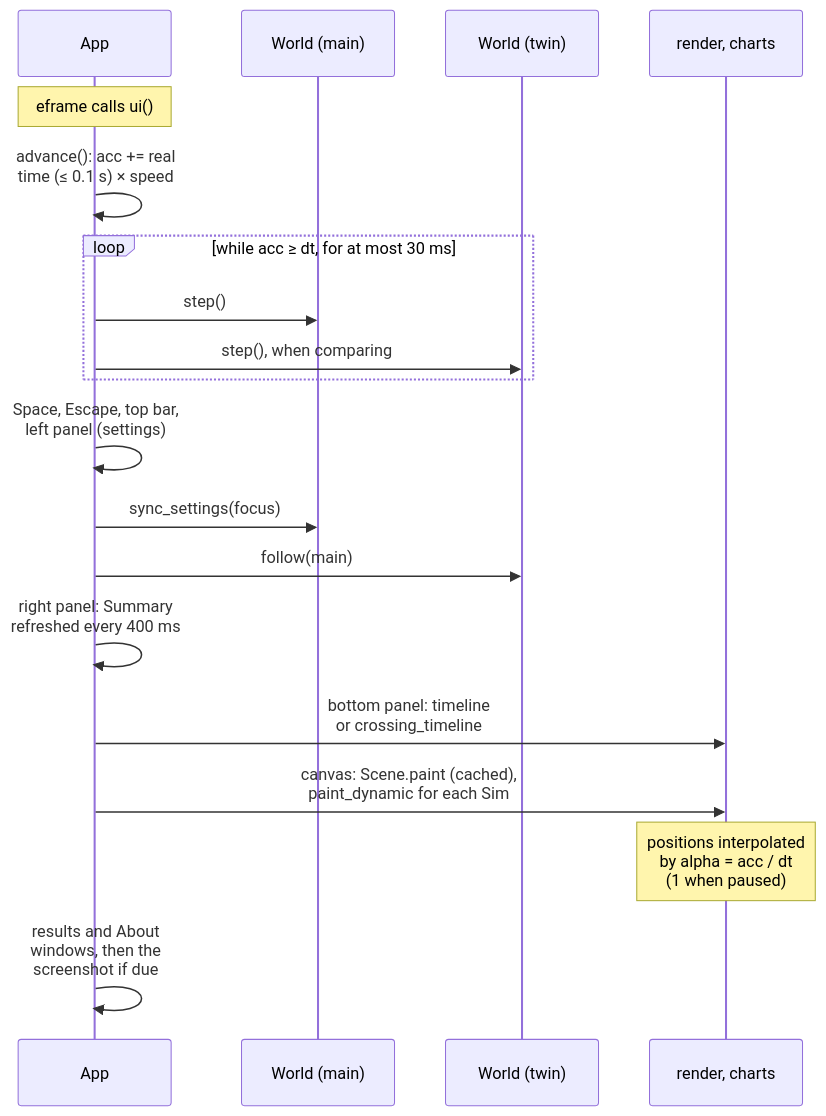
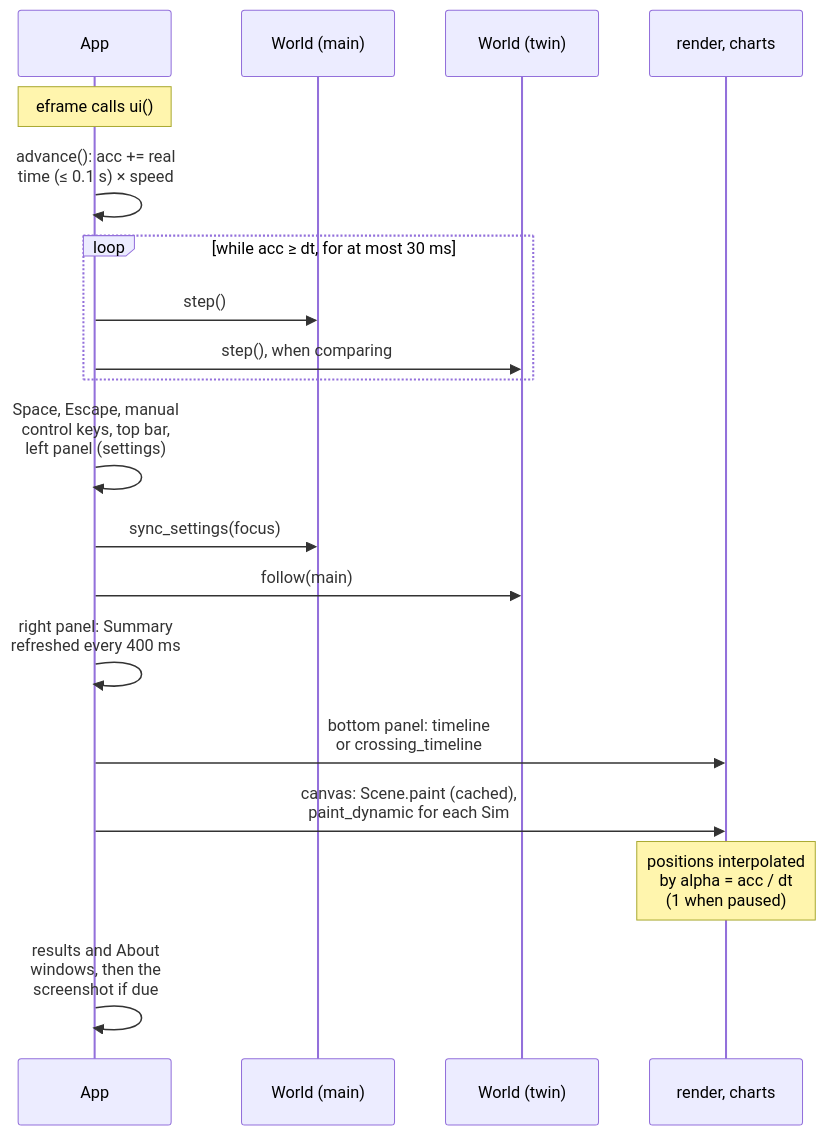
One commit to schreck61/intersection-lab changed diagram 21 of 22 in docs/architecture.md. Above: the diagram before and after it, drawn with Mermaid. The commit also changed other lines of this file and 18 other files, not shown here.

````diff
--- a/docs/architecture.md
+++ b/docs/architecture.md
@@ -2415,22 +2449,22 @@
 ```mermaid
 sequenceDiagram
     participant A as App
     participant W as World (main)
     participant T as World (twin)
     participant R as render, charts
 
     Note over A: eframe calls ui()
     A->>A: advance(): acc += real<br/>time (≤ 0.1 s) × speed
     loop while acc ≥ dt, for at most 30 ms
         A->>W: step()
         A->>T: step(), when comparing
     end
-    A->>A: Space, Escape, top bar,<br/>left panel (settings)
+    A->>A: Space, Escape, manual<br/>control keys, top bar,<br/>left panel (settings)
     A->>W: sync_settings(focus)
     A->>T: follow(main)
     A->>A: right panel: Summary<br/>refreshed every 400 ms
     A->>R: bottom panel: timeline<br/>or crossing_timeline
     A->>R: canvas: Scene.paint (cached),<br/>paint_dynamic for each Sim
     Note over R: positions interpolated<br/>by alpha = acc / dt<br/>(1 when paused)
     A->>A: results and About<br/>windows, then the<br/>screenshot if due
 ```
````
